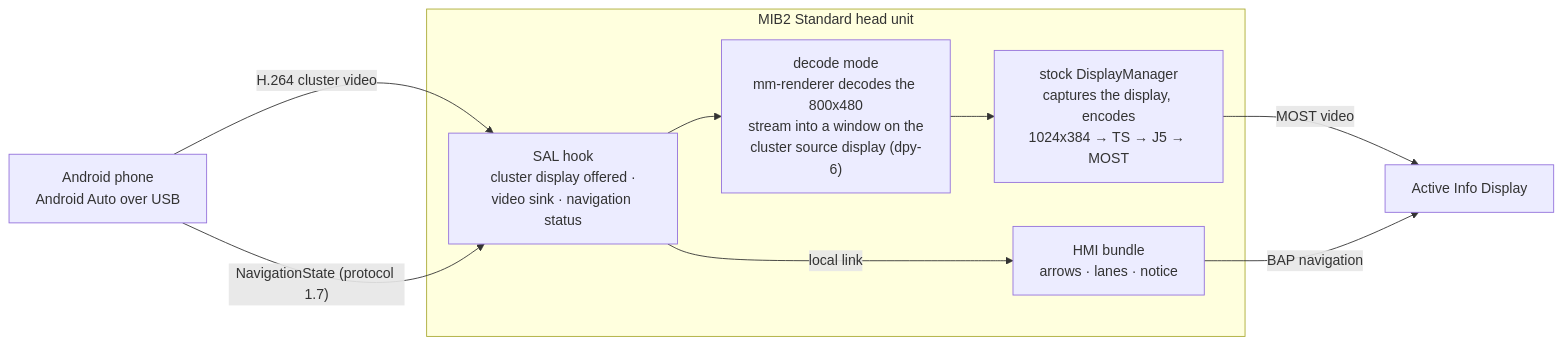
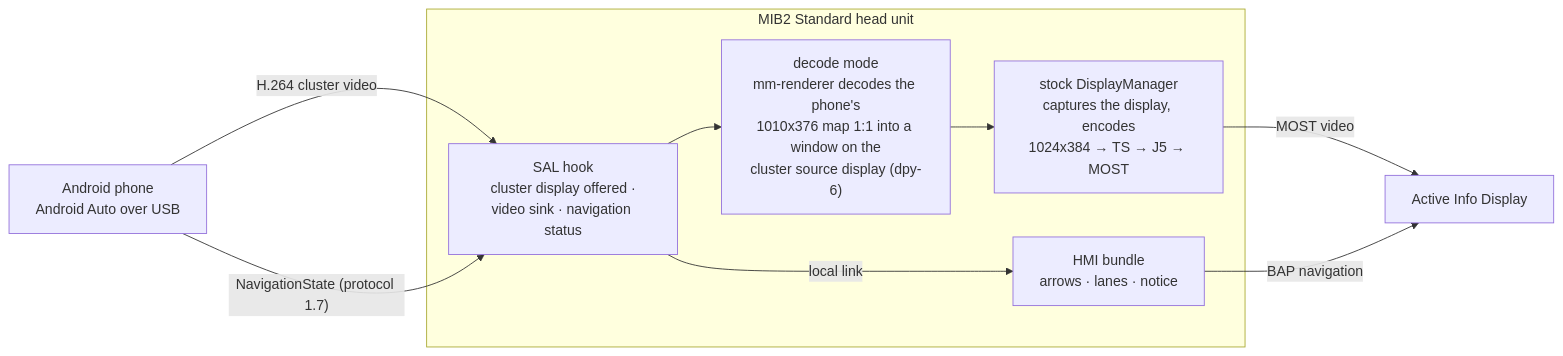
One commit to webbug-dev/mst2-cluster-nav-android-auto changed the diagram in README.md. Above: the diagram before and after it, drawn with Mermaid. The commit also changed other lines of this file and 14 other files, not shown here.

First line of the commit message:
v1.2: the cluster map at the cluster's exact size, steady

````diff
--- a/README.md
+++ b/README.md
@@ -115,15 +115,15 @@
 ```mermaid
 flowchart LR
     phone["Android phone<br/>Android Auto over USB"]
     subgraph unit["MIB2 Standard head unit"]
         sal["SAL hook<br/>cluster display offered ·<br/>video sink · navigation status"]
-        dec["decode mode<br/>mm-renderer decodes the 800x480<br/>stream into a window on the<br/>cluster source display (dpy-6)"]
+        dec["decode mode<br/>mm-renderer decodes the phone's<br/>1010x376 map 1:1 into a window on the<br/>cluster source display (dpy-6)"]
         enc["stock DisplayManager<br/>captures the display, encodes<br/>1024x384 → TS → J5 → MOST"]
         hmi["HMI bundle<br/>arrows · lanes · notice"]
     end
     cluster["Active Info Display"]
     phone -- "H.264 cluster video" --> sal
     phone -- "NavigationState (protocol 1.7)" --> sal
     sal --> dec --> enc -- "MOST video" --> cluster
     sal -- "local link" --> hmi -- "BAP navigation" --> cluster
 ```
````
